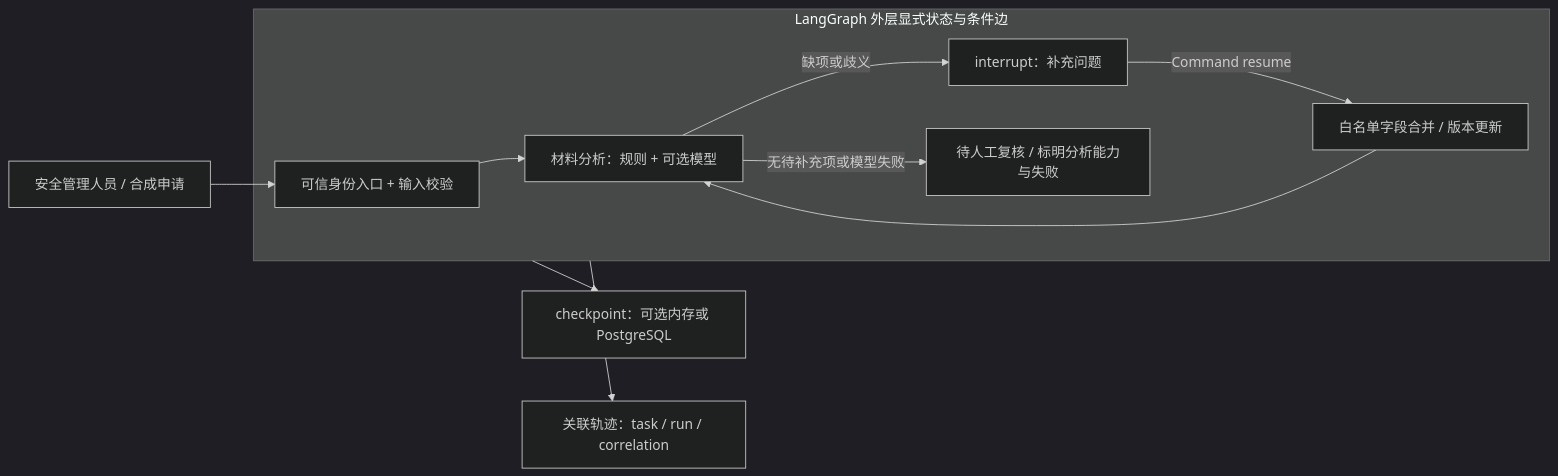
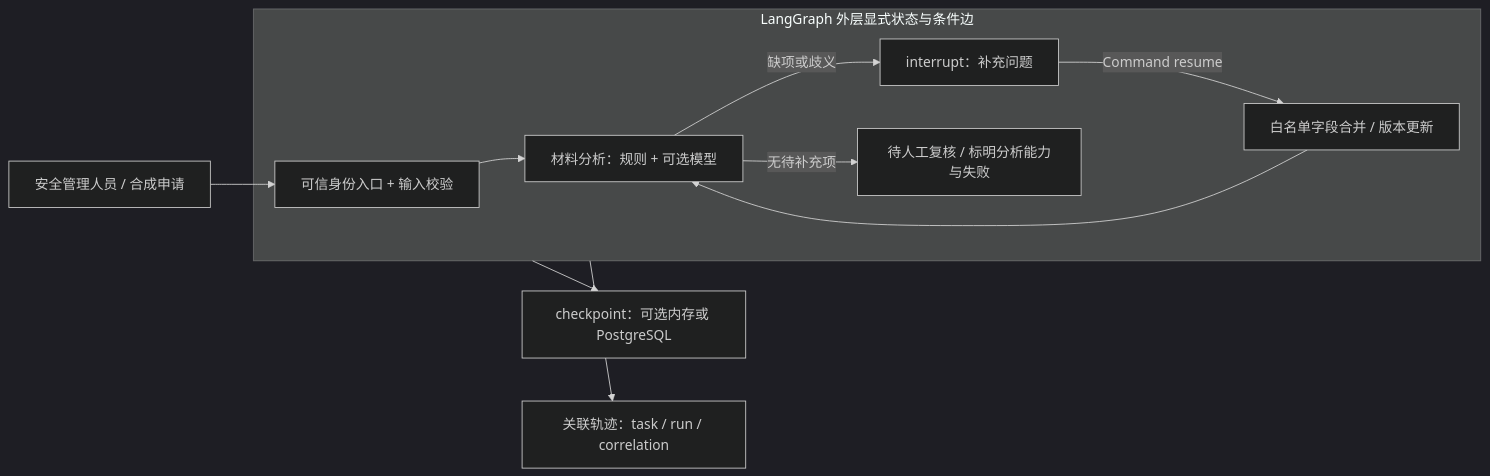
One commit to iFree2/anlan changed the first of 4 diagrams in docs/architecture.md. Above: the diagram before and after it, drawn with Mermaid (dark theme). The commit also changed other lines of this file and 35 other files, not shown here.

````diff
--- a/docs/architecture.md
+++ b/docs/architecture.md
@@ -5,13 +5,13 @@
 ```mermaid
 flowchart LR
     U[安全管理人员 / 合成申请] --> V[可信身份入口 + 输入校验]
     subgraph G[LangGraph 外层显式状态与条件边]
       V --> A[材料分析：规则 + 可选模型]
       A -->|缺项或歧义| Q[interrupt：补充问题]
       Q -->|Command resume| P[白名单字段合并 / 版本更新]
       P --> A
-      A -->|无待补充项或模型失败| H[待人工复核 / 标明分析能力与失败]
+      A -->|无待补充项| H[待人工复核 / 标明分析能力与失败]
     end
     G --> C[checkpoint：可选内存或 PostgreSQL]
     G --> T[关联轨迹：task / run / correlation]
 ```
````
